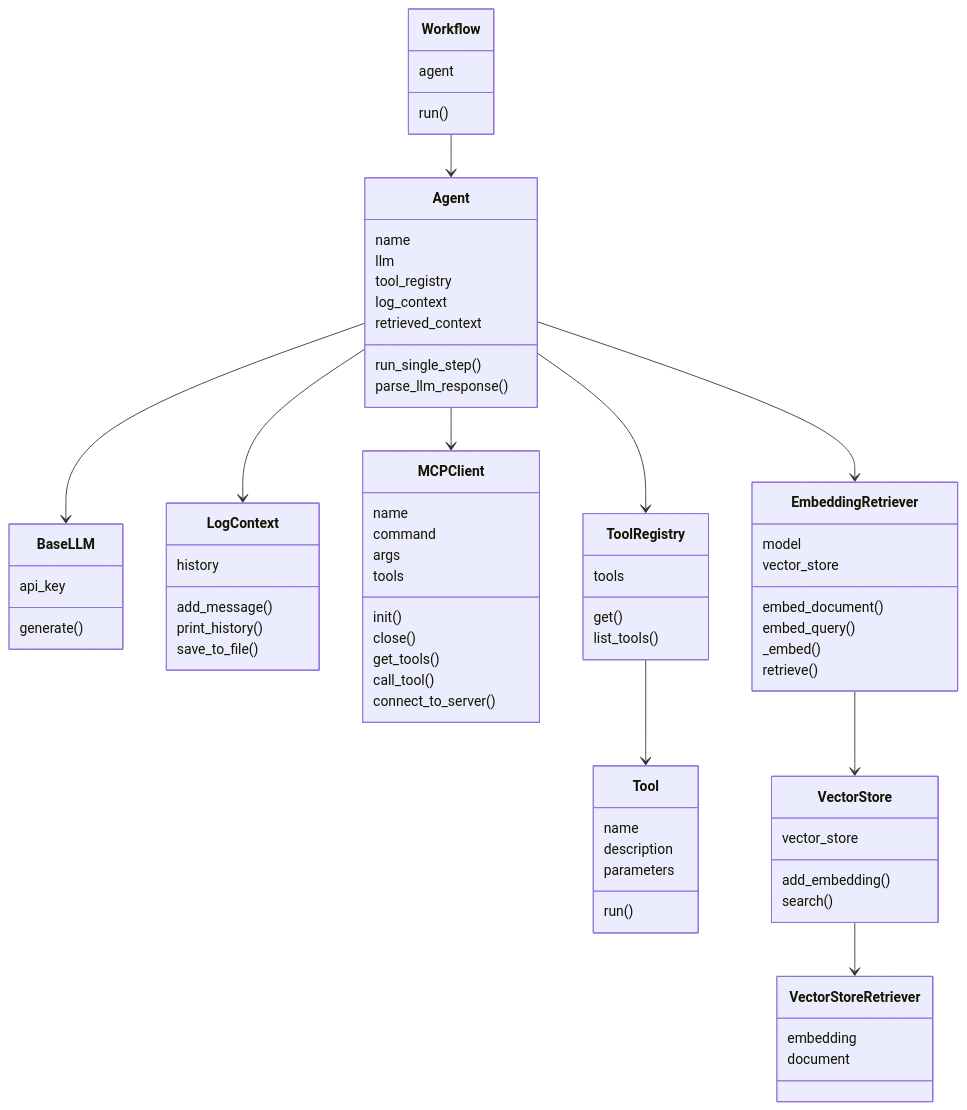
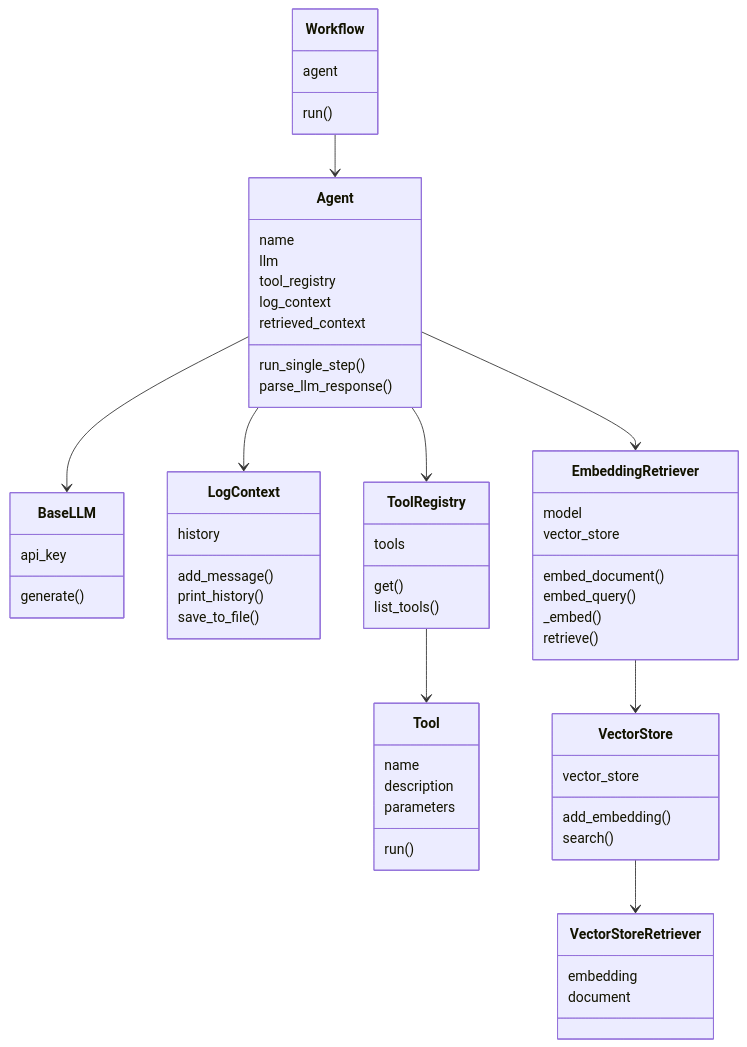
One commit to BV003/ArgoAgent changed the diagram in README.md. Above: the diagram before and after it, drawn with Mermaid. The commit also changed other lines of this file and 2 other files, not shown here.

```diff
--- a/README.md
+++ b/README.md
@@ -103,17 +104,6 @@
         save_to_file()
     }
 
-    class MCPClient {
-        name
-        command
-        args
-        tools
-        init()
-        close()
-        get_tools()
-        call_tool()
-        connect_to_server()
-    }
 
     class ToolRegistry {
         tools
@@ -151,7 +141,6 @@
     Workflow --> Agent
     Agent --> BaseLLM
     Agent --> LogContext
-    Agent --> MCPClient
     Agent --> ToolRegistry
     Agent --> EmbeddingRetriever
     ToolRegistry --> Tool
```
